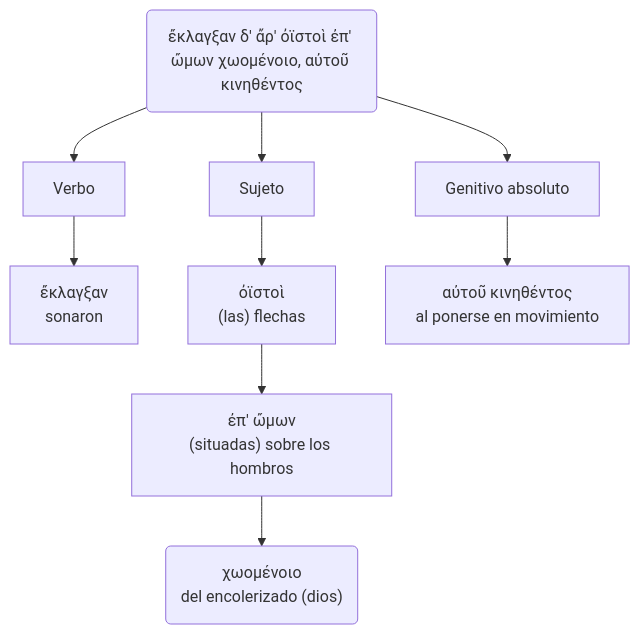
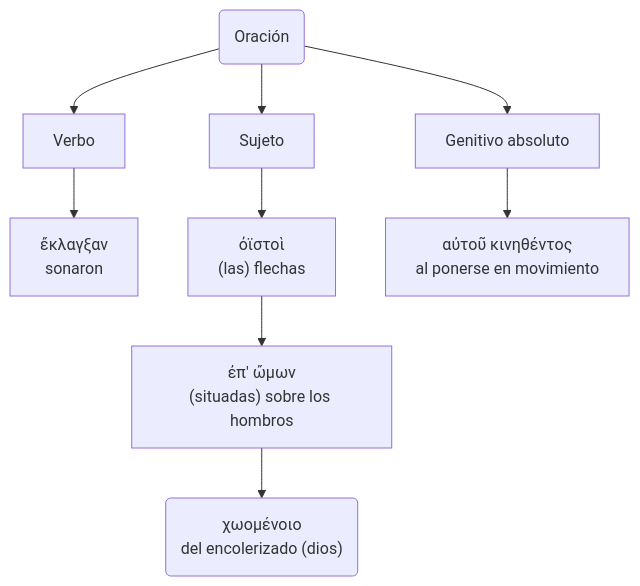
The third of 3 diagrams in docs/textos.md (pajaro1966/Asignaturas), drawn with Mermaid before and after one commit. The commit also changed other lines of this file and 2 other files, not shown here.

````diff
--- a/docs/textos.md
+++ b/docs/textos.md
@@ -295,21 +295,21 @@
 ```mermaid
 
-graph TB
+flowchart TB
 
-A("ἔκλαγξαν δ' ἄρ' ὀϊστοὶ ἐπ' ὤμων χωομένοιο, αὐτοῦ κινηθέντος")
+A("Oración")
   node_1["Verbo"]
   node_2["ἔκλαγξαν<br>sonaron"]
   node_3["Sujeto"]
   node_4["ὀϊστοὶ<br>(las) flechas"]
   node_5["ἐπ#39; ὤμων<br>(situadas) sobre los hombros"]-->node_51("χωομένοιο<br>del encolerizado (dios)")
   node_6["Genitivo absoluto"]
   node_7["αὐτοῦ κινηθέντος<br>al ponerse en movimiento"]
   A --> node_1
   node_1 --> node_2
   A --> node_3
   node_3 --> node_4
   node_4 --> node_5
   A --> node_6
   node_6 --> node_7
 
 ```
````
